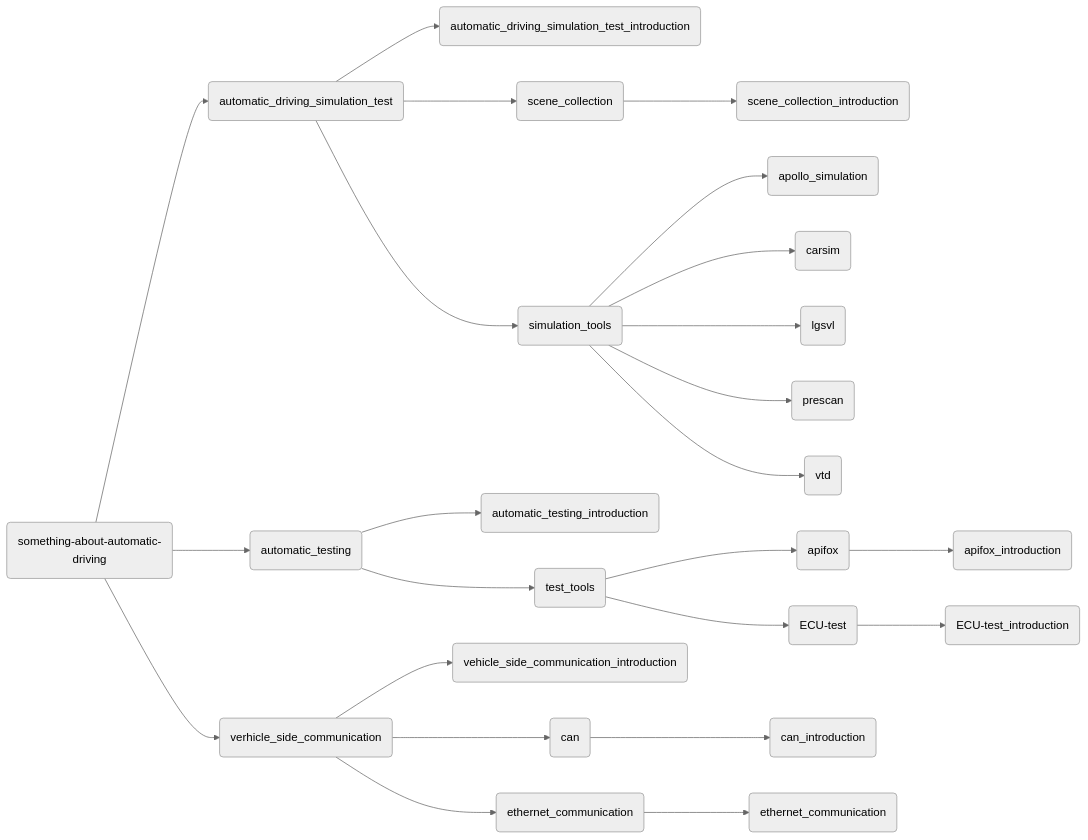
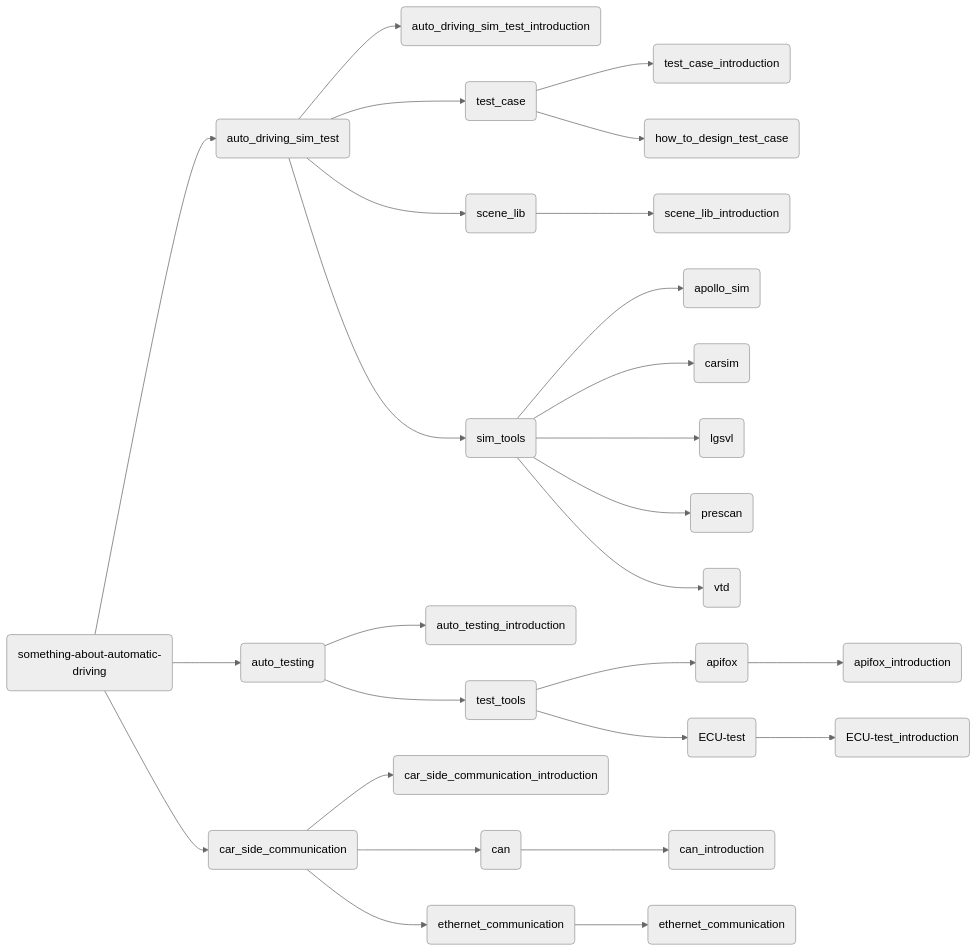
The diagram in README.md (gunther0522/something-about-automatic-driving), drawn with Mermaid (neutral theme) before and after one commit. The commit also changed other lines of this file and 26 other files, not shown here.

````diff
--- a/README.md
+++ b/README.md
@@ -11,34 +11,38 @@
 ```mermaid
 graph LR;
-A(something-about-automatic-driving) --> B(automatic_driving_simulation_test) -->
-B.A(automatic_driving_simulation_test_introduction)
+A(something-about-automatic-driving) --> B(auto_driving_sim_test) -->
+B.A(auto_driving_sim_test_introduction)
 
-B(automatic_driving_simulation_test) --> B.B(scene_collection) --> B.B.A(scene_collection_introduction)
+B(auto_driving_simulation_test) --> B.B(test_case) --> B.B.A(test_case_introduction)
 
-B(automatic_driving_simulation_test) --> B.C(simulation_tools) --> B.C.A(apollo_simulation)
+B.B(test_case) --> B.B.B(how_to_design_test_case)
 
-B.C(simulation_tools) --> B.C.B(carsim)
+B(auto_driving_sim_test) --> B.C(scene_lib) --> B.C.A(scene_lib_introduction)
 
-B.C(simulation_tools) --> B.C.C(lgsvl)
+B(auto_driving_sim_test) --> B.D(sim_tools) --> B.D.A(apollo_sim)
 
-B.C(simulation_tools) --> B.C.D(prescan)
+B.D(sim_tools) --> B.D.B(carsim)
 
-B.C(simulation_tools) --> B.C.E(vtd)
+B.D(sim_tools) --> B.D.C(lgsvl)
+
+B.D(sim_tools) --> B.D.D(prescan)
+
+B.D(sim_tools) --> B.D.E(vtd)
 
 
-A(something-about-automatic-driving) --> C(automatic_testing) --> C.A(automatic_testing_introduction)
+A(something-about-automatic-driving) --> C(auto_testing) --> C.A(auto_testing_introduction)
 
-C(automatic_testing) --> C.B(test_tools) --> C.B.A(apifox) --> C.B.A.A(apifox_introduction)
+C(auto_testing) --> C.B(test_tools) --> C.B.A(apifox) --> C.B.A.A(apifox_introduction)
 
 C.B(test_tools) --> C.B.B(ECU-test)--> C.B.B.A(ECU-test_introduction)
 
 
 
 A(something-about-automatic-driving) -->
-D(vehicle_side_communication) --> D.A(vehicle_side_communication_introduction)
+D(car_side_communication) --> D.A(car_side_communication_introduction)
 
-D(verhicle_side_communication) --> D.B(can) --> D.B.A(can_introduction)
+D(car_side_communication) --> D.B(can) --> D.B.A(can_introduction)
 
-D(verhicle_side_communication) --> D.C(ethernet_communication) --> D.C.A(ethernet_communication)
+D(car_side_communication) --> D.C(ethernet_communication) --> D.C.A(ethernet_communication)
 
 ```
````
